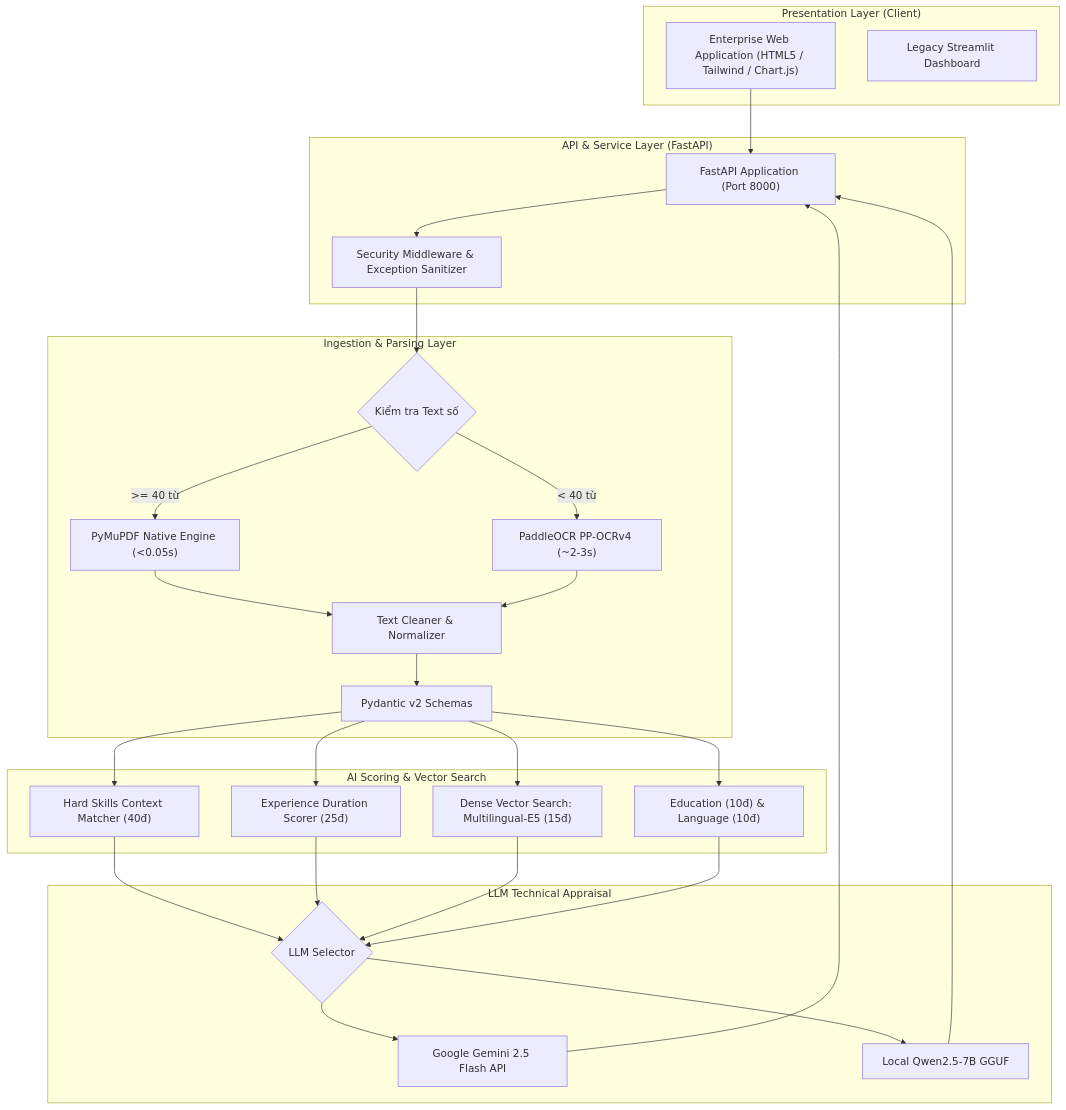
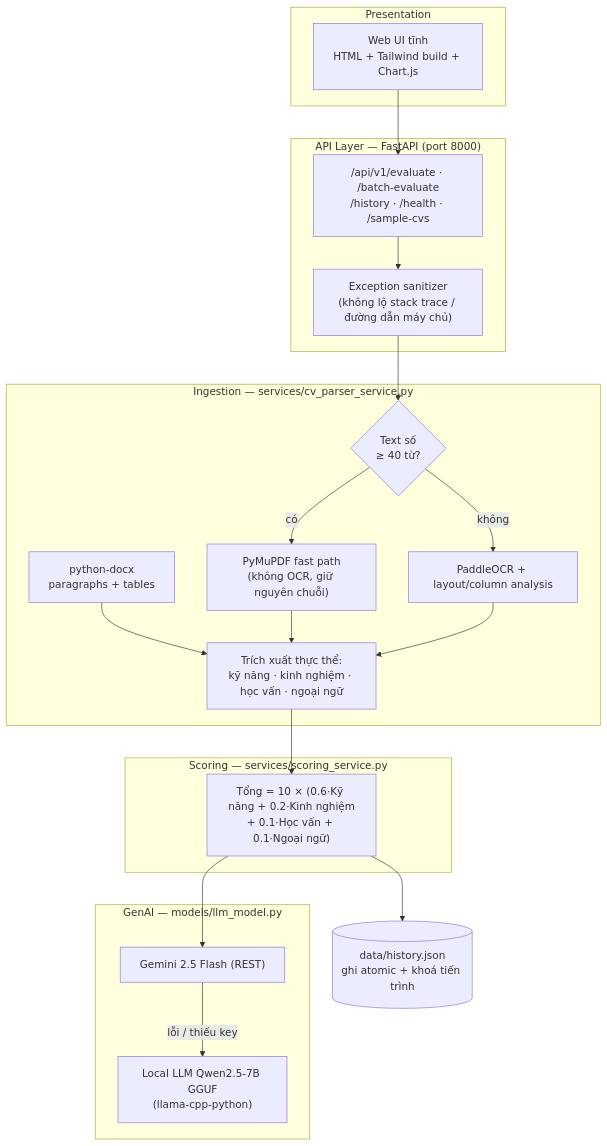
One commit to Bui-Tien-Dat-2808/CV-Scorer-System changed the diagram in README.md. Above: the diagram before and after it, drawn with Mermaid. The commit also changed other lines of this file and 3 other files, not shown here.

Commit message:
docs: rewrite README for the single-port FastAPI service

````diff
--- a/README.md
+++ b/README.md
@@ -56,44 +32,39 @@
 ```mermaid
 flowchart TD
-    subgraph Client["Presentation Layer (Client)"]
-        WebUI["Enterprise Web Application (HTML5 / Tailwind / Chart.js)"]
-        StreamlitUI["Legacy Streamlit Dashboard"]
+    subgraph Client["Presentation"]
+        WebUI["Web UI tĩnh<br/>HTML + Tailwind build + Chart.js"]
     end
 
-    subgraph BackendAPI["API & Service Layer (FastAPI)"]
-        Router["FastAPI Application (Port 8000)"]
-        SecurityMW["Security Middleware & Exception Sanitizer"]
+    subgraph API["API Layer — FastAPI (port 8000)"]
+        EP["/api/v1/evaluate · /batch-evaluate<br/>/history · /health · /sample-cvs"]
+        Sanitizer["Exception sanitizer<br/>(không lộ stack trace / đường dẫn máy chủ)"]
     end
 
-    subgraph Ingestion["Ingestion & Parsing Layer"]
-        RouterDoc{Kiểm tra Text số}
-        FastPath["PyMuPDF Native Engine (<0.05s)"]
-        OCR["PaddleOCR PP-OCRv4 (~2-3s)"]
-        Cleaner["Text Cleaner & Normalizer"]
-        Pydantic["Pydantic v2 Schemas"]
+    subgraph Ingestion["Ingestion — services/cv_parser_service.py"]
+        Detect{"Text số<br/>≥ 40 từ?"}
+        Fast["PyMuPDF fast path<br/>(không OCR, giữ nguyên chuỗi)"]
+        OCR["PaddleOCR + layout/column analysis"]
+        Docx["python-docx<br/>paragraphs + tables"]
+        Extract["Trích xuất thực thể:<br/>kỹ năng · kinh nghiệm · học vấn · ngoại ngữ"]
     end
 
-    subgraph Scoring["AI Scoring & Vector Search"]
-        Matcher["Hard Skills Context Matcher (40đ)"]
-        ExpScorer["Experience Duration Scorer (25đ)"]
-        Vector["Dense Vector Search: Multilingual-E5 (15đ)"]
-        EduLang["Education (10đ) & Language (10đ)"]
+    subgraph Scoring["Scoring — services/scoring_service.py"]
+        W["Tổng = 10 × (0.6·Kỹ năng + 0.2·Kinh nghiệm<br/>+ 0.1·Học vấn + 0.1·Ngoại ngữ)"]
     end
 
-    subgraph GenAI["LLM Technical Appraisal"]
-        RouterLLM{LLM Selector}
-        Gemini["Google Gemini 2.5 Flash API"]
-        Local["Local Qwen2.5-7B GGUF"]
+    subgraph LLM["GenAI — models/llm_model.py"]
+        Gemini["Gemini 2.5 Flash (REST)"]
+        Fallback["Local LLM Qwen2.5-7B GGUF<br/>(llama-cpp-python)"]
     end
 
-    WebUI --> Router
-    Router --> SecurityMW
-    SecurityMW --> RouterDoc
-    RouterDoc -- ">= 40 từ" --> FastPath
-    RouterDoc -- "< 40 từ" --> OCR
-    FastPath & OCR --> Cleaner --> Pydantic
-    Pydantic --> Matcher & ExpScorer & Vector & EduLang
-    Matcher & ExpScorer & Vector & EduLang --> RouterLLM
-    RouterLLM --> Gemini & Local
-    Gemini & Local --> Router
+    Storage[("data/history.json<br/>ghi atomic + khoá tiến trình")]
+
+    WebUI --> EP --> Sanitizer --> Detect
+    Detect -- có --> Fast
+    Detect -- không --> OCR
+    Docx --> Extract
+    Fast & OCR --> Extract
+    Extract --> W --> Gemini
+    Gemini -- "lỗi / thiếu key" --> Fallback
+    W --> Storage
 ```
````
